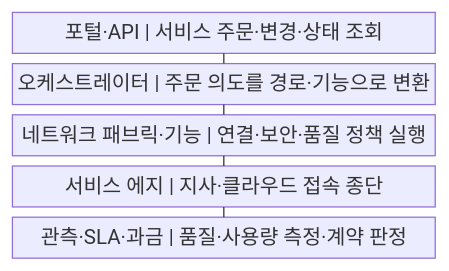
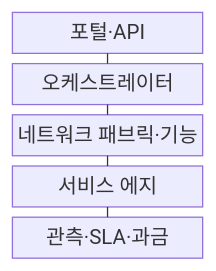
One commit to agnusdei1207/knowledge-base changed the first of 2 diagrams in src/content/docs/notes/04-network/060_network_as_a_service.md. Above: the diagram before and after it, drawn with Mermaid. The commit also changed 122 other files, not shown here.

````diff
--- a/src/content/docs/notes/04-network/060_network_as_a_service.md
+++ b/src/content/docs/notes/04-network/060_network_as_a_service.md
@@ -54,13 +54,13 @@
 ```mermaid
-block
+block-beta
     columns 1
-    A["포털·API | 서비스 주문·변경·상태 조회"]
-    B["오케스트레이터 | 주문 의도를 경로·기능으로 변환"]
-    C["네트워크 패브릭·기능 | 연결·보안·품질 정책 실행"]
-    D["서비스 에지 | 지사·클라우드 접속 종단"]
-    E["관측·SLA·과금 | 품질·사용량 측정·계약 판정"]
+    A["포털·API"]
+    B["오케스트레이터"]
+    C["네트워크 패브릭·기능"]
+    D["서비스 에지"]
+    E["관측·SLA·과금"]
     A --- B
     B --- C
     C --- D
     D --- E
 ```
````
